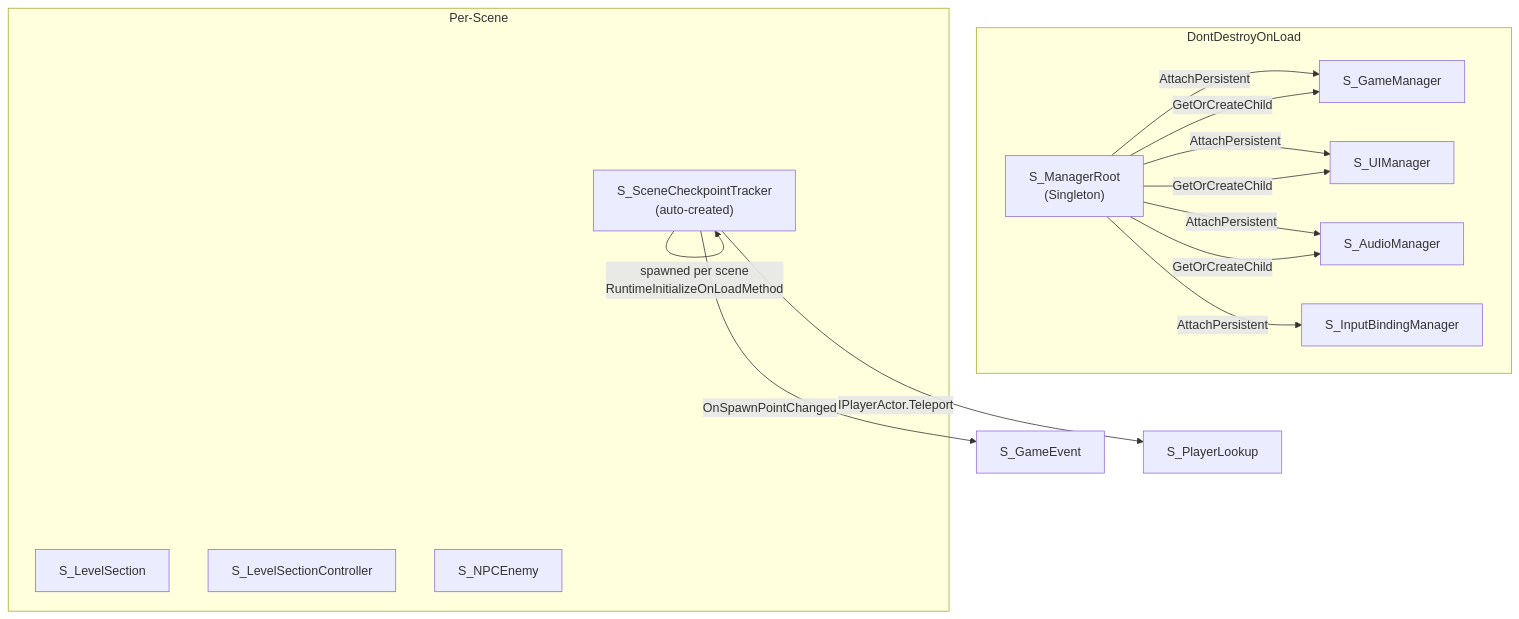
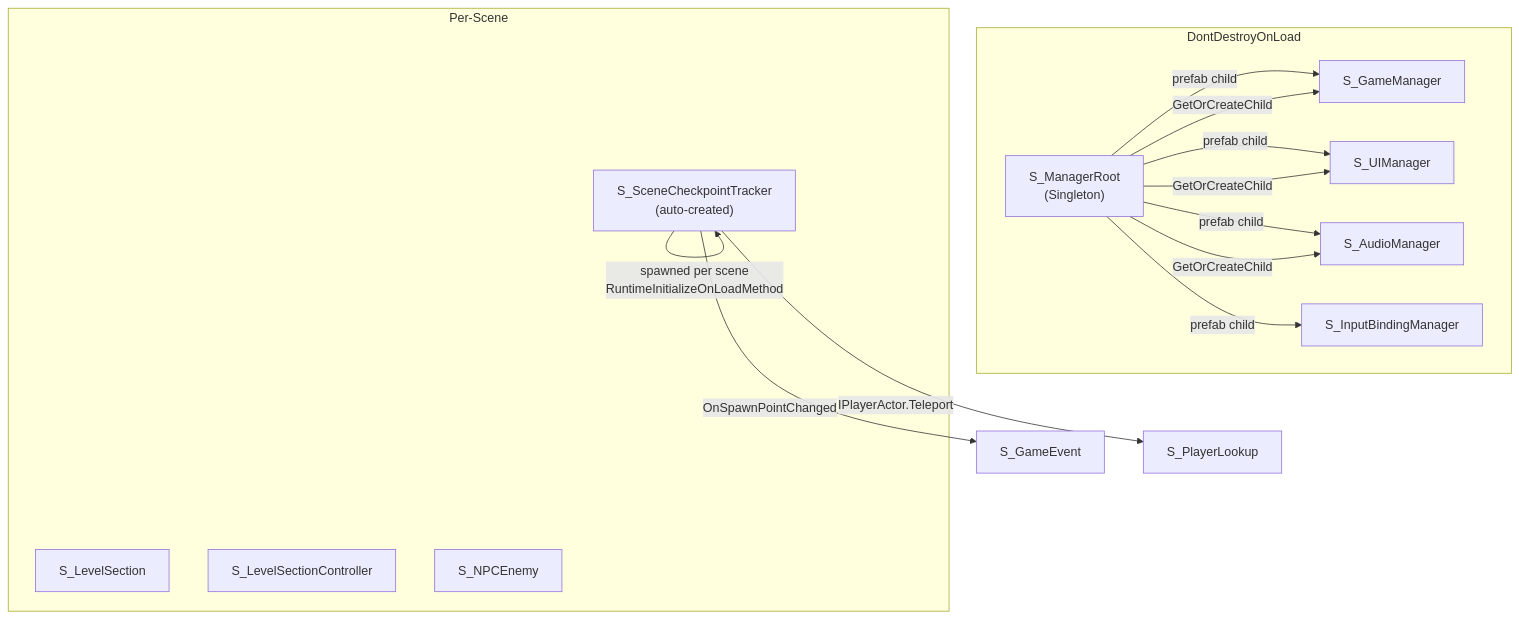
Before and after one commit to pengzzzccc/Inkform-repo-v3: the fifth of 9 diagrams in InkForm/Assets/Perfab/Script/Project_Prompt/Architecture.md, drawn with Mermaid. The commit also changed other lines of this file and 51 other files, not shown here.

````diff
--- a/InkForm/Assets/Perfab/Script/Project_Prompt/Architecture.md
+++ b/InkForm/Assets/Perfab/Script/Project_Prompt/Architecture.md
@@ -801,29 +811,29 @@
 ```mermaid
 graph TB
     subgraph Persistent["DontDestroyOnLoad"]
         MR["S_ManagerRoot<br/>(Singleton)"]
         GM["S_GameManager"]
         UI["S_UIManager"]
         AM["S_AudioManager"]
         IBM["S_InputBindingManager"]
     end
 
     subgraph Scene["Per-Scene"]
         SCT["S_SceneCheckpointTracker<br/>(auto-created)"]
         LS["S_LevelSection"]
         LSCtrl["S_LevelSectionController"]
         NPCE["S_NPCEnemy"]
     end
 
-    MR -->|"AttachPersistent"| GM
-    MR -->|"AttachPersistent"| UI
-    MR -->|"AttachPersistent"| AM
-    MR -->|"AttachPersistent"| IBM
+    MR -->|"prefab child"| GM
+    MR -->|"prefab child"| UI
+    MR -->|"prefab child"| AM
+    MR -->|"prefab child"| IBM
     MR -->|"GetOrCreateChild"| GM
     MR -->|"GetOrCreateChild"| UI
     MR -->|"GetOrCreateChild"| AM
 
     SCT -->|"spawned per scene<br/>RuntimeInitializeOnLoadMethod"| SCT
     SCT -->|"OnSpawnPointChanged"| GE["S_GameEvent"]
     SCT -->|"IPlayerActor.Teleport"| PLU["S_PlayerLookup"]
 ```
````
